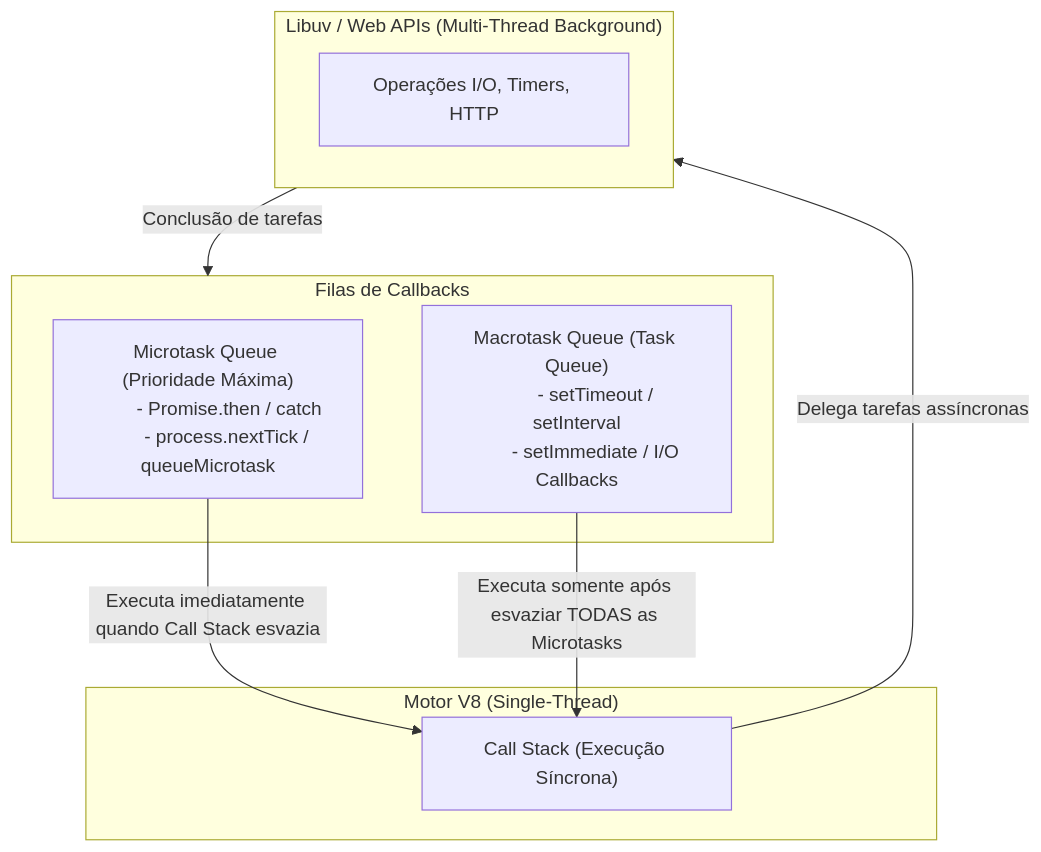
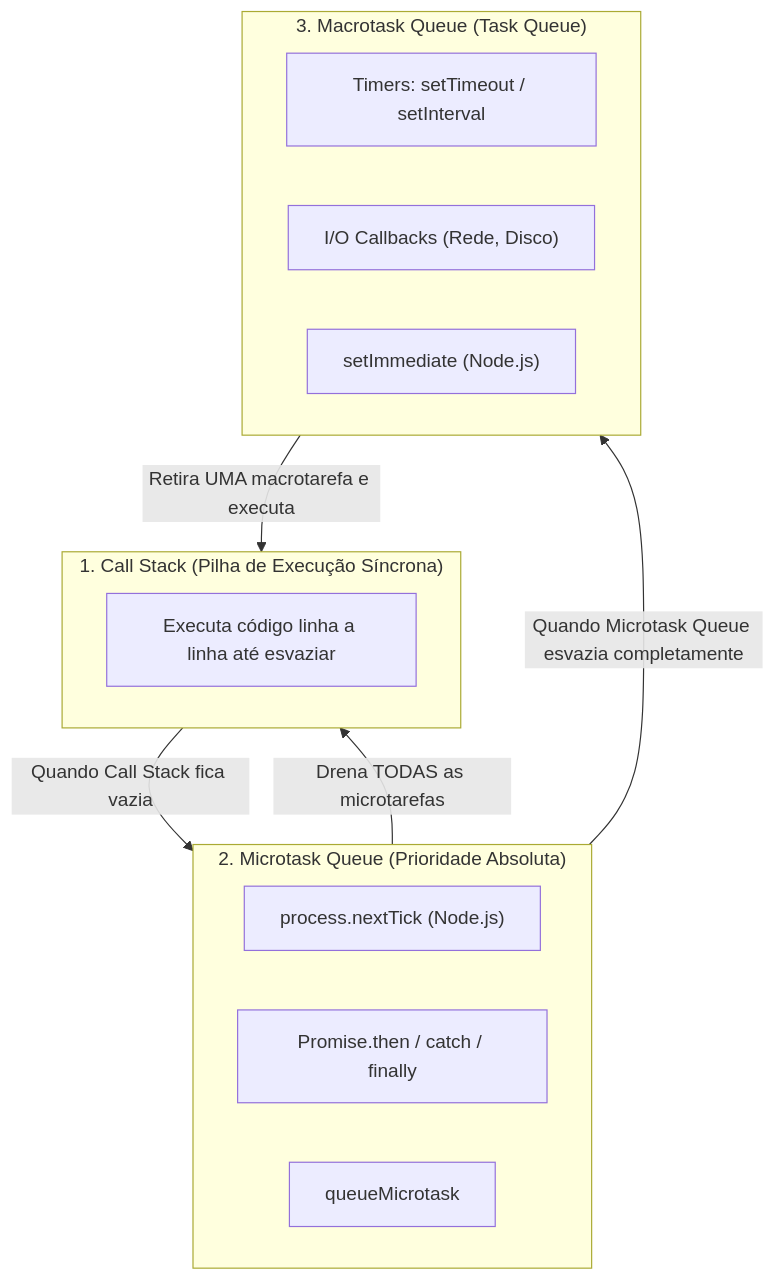
Before and after one commit to thiagosantos346/TCE-GO-2027: the seventh of 8 diagrams in fontes_de_estudo/conhecimentos_especificos_b02_ti/05_desenvolvimento_de_sistemas/02_linguagens_java_javascript_nodejs_python.md, drawn with Mermaid. The commit also changed other lines of this file and 119 other files, not shown here.

````diff
--- a/fontes_de_estudo/conhecimentos_especificos_b02_ti/05_desenvolvimento_de_sistemas/02_linguagens_java_javascript_nodejs_python.md
+++ b/fontes_de_estudo/conhecimentos_especificos_b02_ti/05_desenvolvimento_de_sistemas/02_linguagens_java_javascript_nodejs_python.md
@@ -157,21 +461,21 @@
 ```mermaid
 flowchart TD
-    subgraph V8["Motor V8 (Single-Thread)"]
-        CS["Call Stack (Execução Síncrona)"]
+    subgraph CS["1. Call Stack (Pilha de Execução Síncrona)"]
+        Exec["Executa código linha a linha até esvaziar"]
     end
-    subgraph Libuv["Libuv / Web APIs (Multi-Thread Background)"]
-        IO["Operações I/O, Timers, HTTP"]
+    subgraph MTQ["2. Microtask Queue (Prioridade Absoluta)"]
+        MT1["process.nextTick (Node.js)"]
+        MT2["Promise.then / catch / finally"]
+        MT3["queueMicrotask"]
     end
-    subgraph Queues["Filas de Callbacks"]
-        MTQ["Microtask Queue (Prioridade Máxima)
-        - Promise.then / catch
-        - process.nextTick / queueMicrotask"]
-        MQ["Macrotask Queue (Task Queue)
-        - setTimeout / setInterval
-        - setImmediate / I/O Callbacks"]
+    subgraph MQ["3. Macrotask Queue (Task Queue)"]
+        M1["Timers: setTimeout / setInterval"]
+        M2["I/O Callbacks (Rede, Disco)"]
+        M3["setImmediate (Node.js)"]
     end
-    CS -->|"Delega tarefas assíncronas"| Libuv
-    Libuv -->|"Conclusão de tarefas"| Queues
-    MTQ -->|"Executa imediatamente quando Call Stack esvazia"| CS
-    MQ -->|"Executa somente após esvaziar TODAS as Microtasks"| CS
+    
+    CS -->|"Quando Call Stack fica vazia"| MTQ
+    MTQ -->|"Drena TODAS as microtarefas"| CS
+    MTQ -->|"Quando Microtask Queue esvazia completamente"| MQ
+    MQ -->|"Retira UMA macrotarefa e executa"| CS
 ```
````
